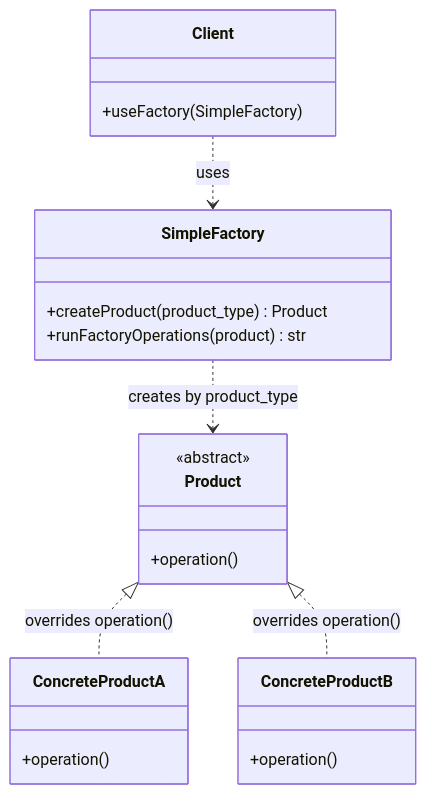
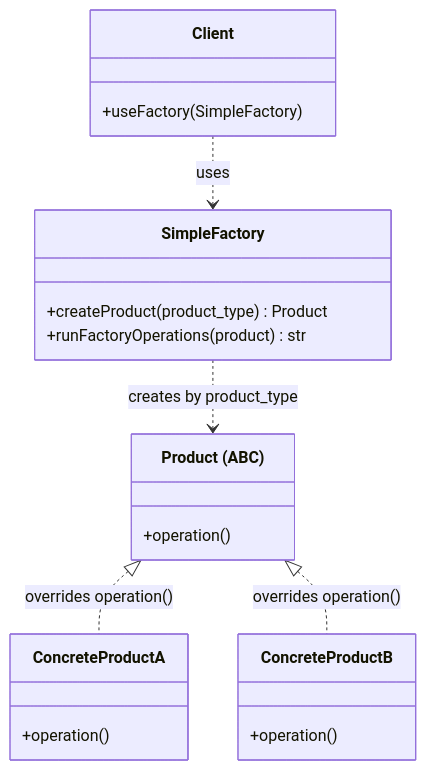
The first of 2 diagrams in design_patterns/docs/1210_simple_factory.md (arunnambyar/tutorials), drawn with Mermaid before and after one commit. The commit also changed 13 other files, not shown here.

````diff
--- a/design_patterns/docs/1210_simple_factory.md
+++ b/design_patterns/docs/1210_simple_factory.md
@@ -37,30 +37,29 @@
 ```mermaid
 classDiagram
     direction TB
 
-    class Product {
-        <<abstract>>
+    class Product["Product (ABC)"] {
         +operation()
     }
     class ConcreteProductA{
         +operation()
     }
     class ConcreteProductB{
         +operation()
     }
 
     class SimpleFactory {
         +createProduct(product_type) Product
         +runFactoryOperations(product) str
     }
 
     class Client {
         +useFactory(SimpleFactory)
     }
 
     Product <|.. ConcreteProductA: overrides operation()
     Product <|.. ConcreteProductB: overrides operation()
 
     Client ..> SimpleFactory : uses
     SimpleFactory ..> Product : creates by product_type
 ```
````
